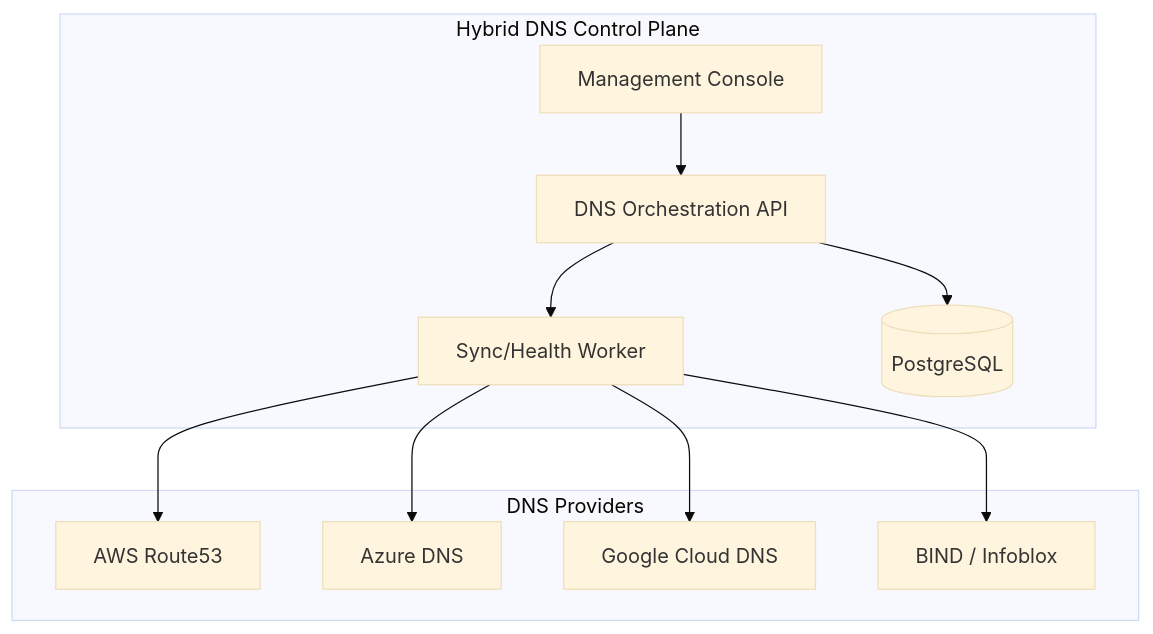
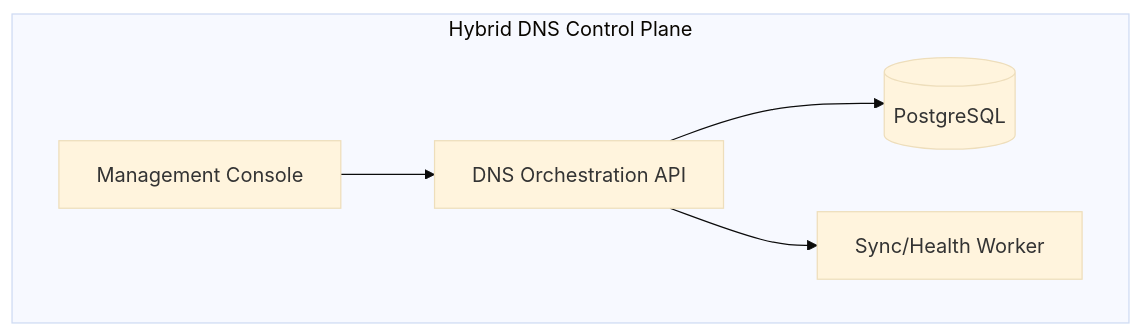
The first of 30 diagrams in README.md (Devopstrio/hybrid-dns-resolution), drawn with Mermaid (base theme) before and after one commit. The commit also changed other lines of this file, not shown here.

Commit message:
docs: expand README with 30+ architectural diagrams

````diff
--- a/README.md
+++ b/README.md
@@ -65,24 +33,12 @@
 ```mermaid
 graph TD
     subgraph "Hybrid DNS Control Plane"
         Portal[Management Console]
         API[DNS Orchestration API]
         Worker[Sync/Health Worker]
         DB[(PostgreSQL)]
     end
-
-    subgraph "DNS Providers"
-        AWS[AWS Route53]
-        AZ[Azure DNS]
-        GCP[Google Cloud DNS]
-        OnPrem[BIND / Infoblox]
-    end
-
     Portal --> API
     API --> DB
     API --> Worker
-    Worker --> AWS
-    Worker --> AZ
-    Worker --> GCP
-    Worker --> OnPrem
 ```
````
